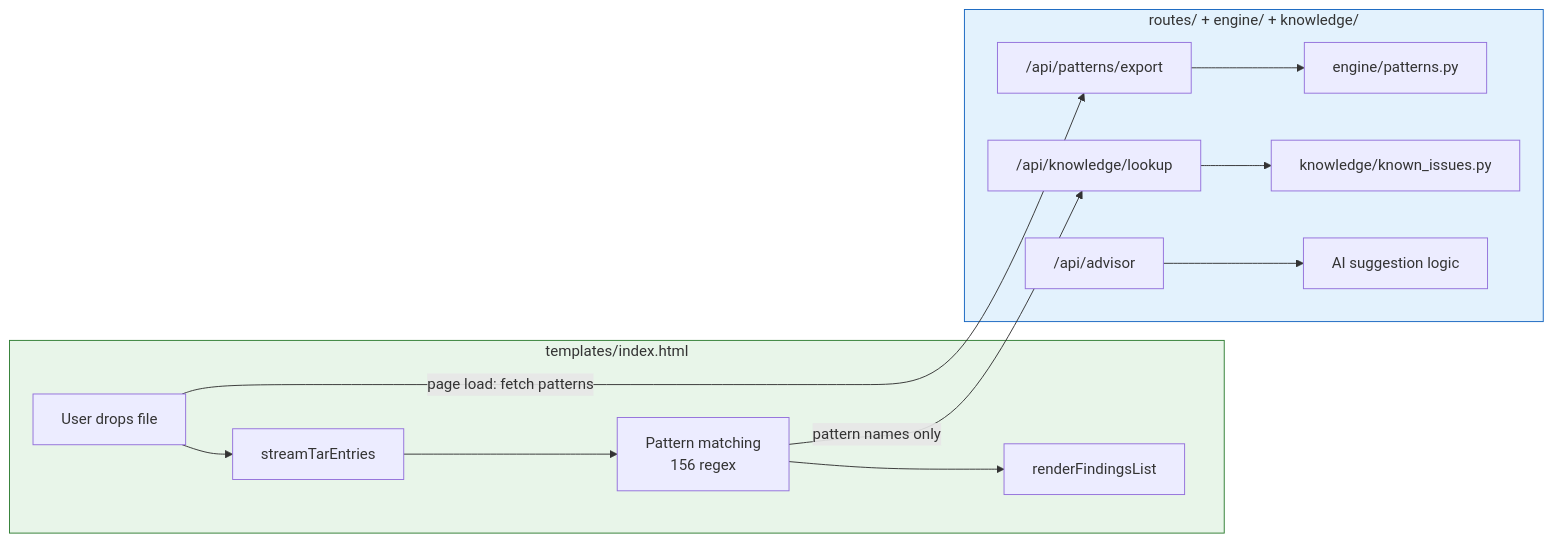
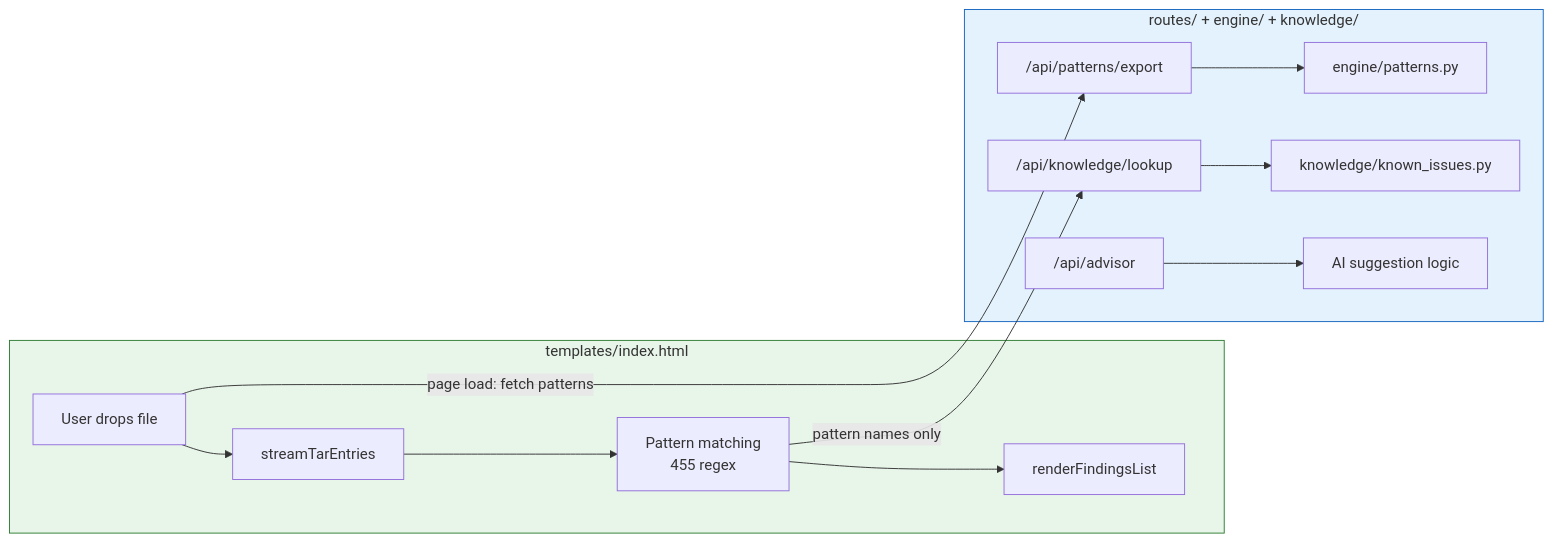
Before and after one commit to yadakrishna245/Log_analysis: diagram 15 of 15 in README.md, drawn with Mermaid. The commit also changed other lines of this file, not shown here.

````diff
--- a/README.md
+++ b/README.md
@@ -848,20 +862,20 @@
 ```mermaid
 flowchart LR
     subgraph FRONTEND["templates/index.html"]
         A[User drops file] --> B[streamTarEntries]
-        B --> C[Pattern matching<br/>156 regex]
+        B --> C[Pattern matching<br/>455 regex]
         C --> D[renderFindingsList]
     end
 
     subgraph BACKEND["routes/ + engine/ + knowledge/"]
         E["/api/patterns/export"] --> F[engine/patterns.py]
         G["/api/knowledge/lookup"] --> H[knowledge/known_issues.py]
         I["/api/advisor"] --> J[AI suggestion logic]
     end
 
     C -->|"pattern names only"| G
     A -->|"page load: fetch patterns"| E
 
     style FRONTEND fill:#e8f5e9,stroke:#2e7d32
     style BACKEND fill:#e3f2fd,stroke:#1565c0
 ```
````
